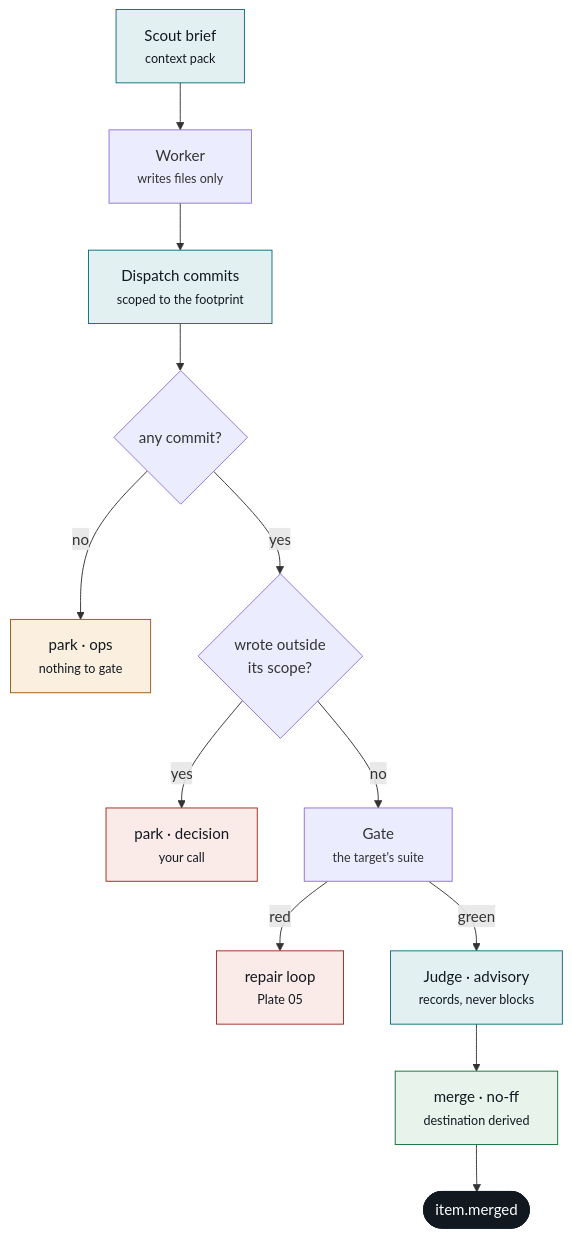
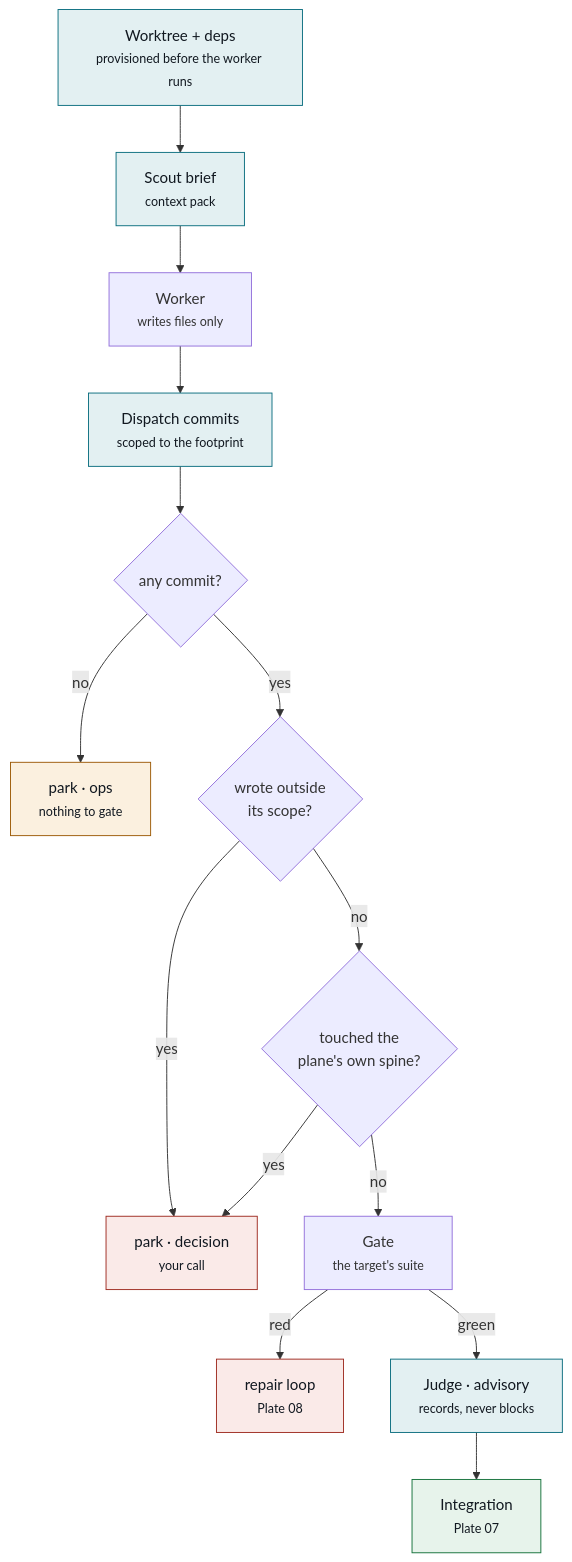
One commit to MrChikns/loopkit changed the sixth of 11 diagrams in docs/plane-flows.md. Above: the diagram before and after it, drawn with Mermaid. The commit also changed other lines of this file and 3 other files, not shown here.

````diff
--- a/docs/plane-flows.md
+++ b/docs/plane-flows.md
@@ -132,25 +264,26 @@
 ```mermaid
 flowchart TD
-  SC["Scout brief<br/><small>context pack</small>"] --> W["Worker<br/><small>writes files only</small>"]
+  WT["Worktree + deps<br/><small>provisioned before the worker runs</small>"] --> SC["Scout brief<br/><small>context pack</small>"]
+  SC --> W["Worker<br/><small>writes files only</small>"]
   W --> CM["Dispatch commits<br/><small>scoped to the footprint</small>"]
   CM --> C1{"any commit?"}
   C1 -->|no| P1["park · ops<br/><small>nothing to gate</small>"]
   C1 -->|yes| C2{"wrote outside<br/>its scope?"}
   C2 -->|yes| P2["park · decision<br/><small>your call</small>"]
-  C2 -->|no| GATE["Gate<br/><small>the target's suite</small>"]
-  GATE -->|red| REP["repair loop<br/><small>Plate 05</small>"]
+  C2 -->|no| C3{"touched the<br/>plane's own spine?"}
+  C3 -->|yes| P2
+  C3 -->|no| GATE["Gate<br/><small>the target's suite</small>"]
+  GATE -->|red| REP["repair loop<br/><small>Plate 08</small>"]
   GATE -->|green| J["Judge · advisory<br/><small>records, never blocks</small>"]
-  J --> MG["merge · no-ff<br/><small>destination derived</small>"]
-  MG --> DONE(["item.merged"])
+  J --> INT["Integration<br/><small>Plate 07</small>"]
 
   classDef term fill:#111820,stroke:#111820,color:#ffffff
   classDef step fill:#E3F0F2,stroke:#0B6E7F,color:#111820
   classDef pass fill:#E7F3EB,stroke:#14713A,color:#111820
   classDef hold fill:#FBF0DF,stroke:#9C5A06,color:#111820
   classDef stop fill:#FAEAE8,stroke:#9E2B20,color:#111820
-  class DONE term
-  class SC,CM,J step
-  class MG pass
+  class WT,SC,CM,J step
+  class INT pass
   class P1 hold
   class P2,REP stop
 ```
````
